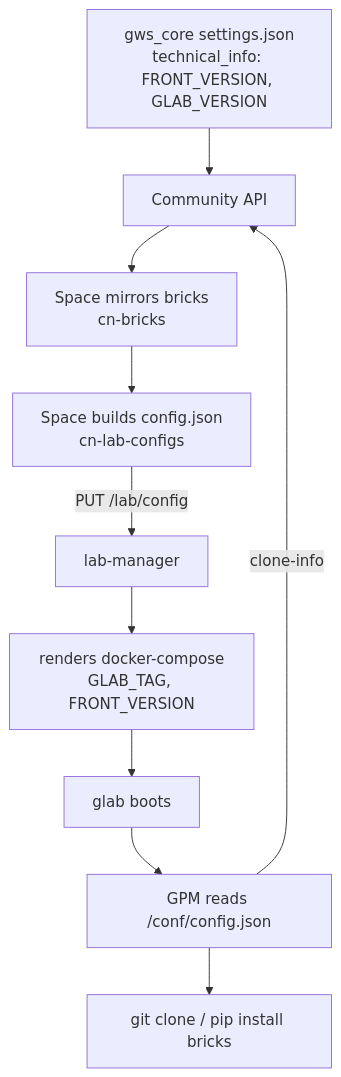
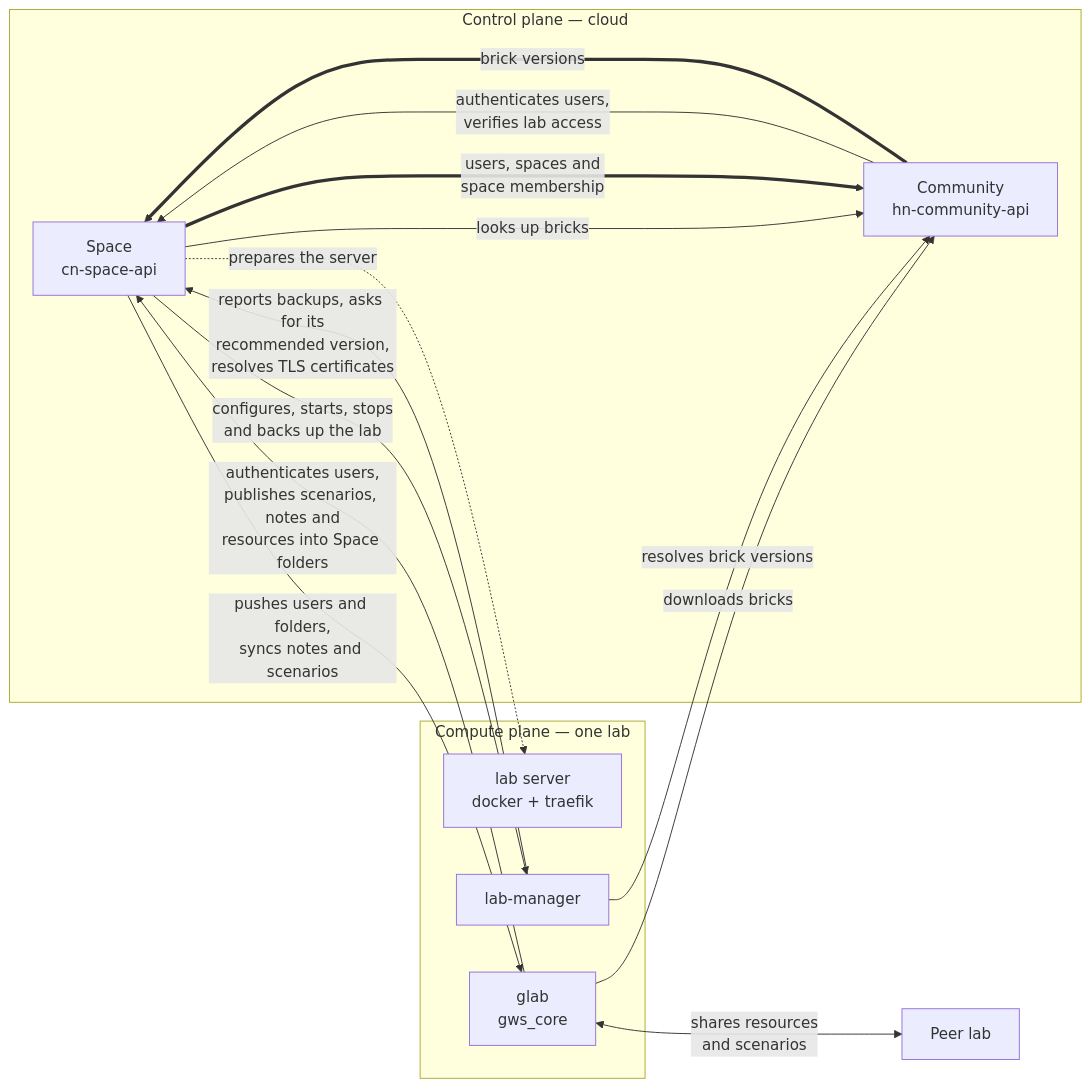
Before and after one commit to Constellab/monorepo-back: the diagram in docs/architecture/platform-map.md, drawn with Mermaid. The commit also changed other lines of this file, not shown here.

````diff
--- a/docs/architecture/platform-map.md
+++ b/docs/architecture/platform-map.md
@@ -56,12 +186,33 @@
 ```mermaid
-flowchart TD
-  A["gws_core settings.json<br/>technical_info: FRONT_VERSION, GLAB_VERSION"] --> B[Community API]
-  B --> C["Space mirrors bricks<br/>cn-bricks"]
-  C --> D["Space builds config.json<br/>cn-lab-configs"]
-  D -->|PUT /lab/config| E[lab-manager]
-  E --> F["renders docker-compose<br/>GLAB_TAG, FRONT_VERSION"]
-  F --> G["glab boots"]
-  G --> H["GPM reads /conf/config.json"]
-  H -->|clone-info| B
-  H --> I["git clone / pip install bricks"]
+flowchart LR
+  subgraph CLOUD["Control plane — cloud"]
+    S["Space<br/>cn-space-api"]
+    C["Community<br/>hn-community-api"]
+  end
+
+  subgraph LAB["Compute plane — one lab"]
+    HOST["lab server<br/>docker + traefik"]
+    LM["lab-manager"]
+    G["glab<br/>gws_core"]
+  end
+
+  PEER["Peer lab"]
+
+  S -.->|"prepares the server"| HOST
+  S -->|"configures, starts, stops<br/>and backs up the lab"| LM
+  S -->|"pushes users and folders,<br/>syncs notes and scenarios"| G
+
+  G -->|"authenticates users,<br/>publishes scenarios, notes and<br/>resources into Space folders"| S
+  LM -->|"reports backups, asks for its<br/>recommended version,<br/>resolves TLS certificates"| S
+
+  G -->|"downloads bricks"| C
+  LM -->|"resolves brick versions"| C
+
+  S -->|"looks up bricks"| C
+  C -->|"authenticates users,<br/>verifies lab access"| S
+
+  S ==>|"users, spaces and<br/>space membership"| C
+  C ==>|"brick versions"| S
+
+  G <-->|"shares resources<br/>and scenarios"| PEER
 ```
````
